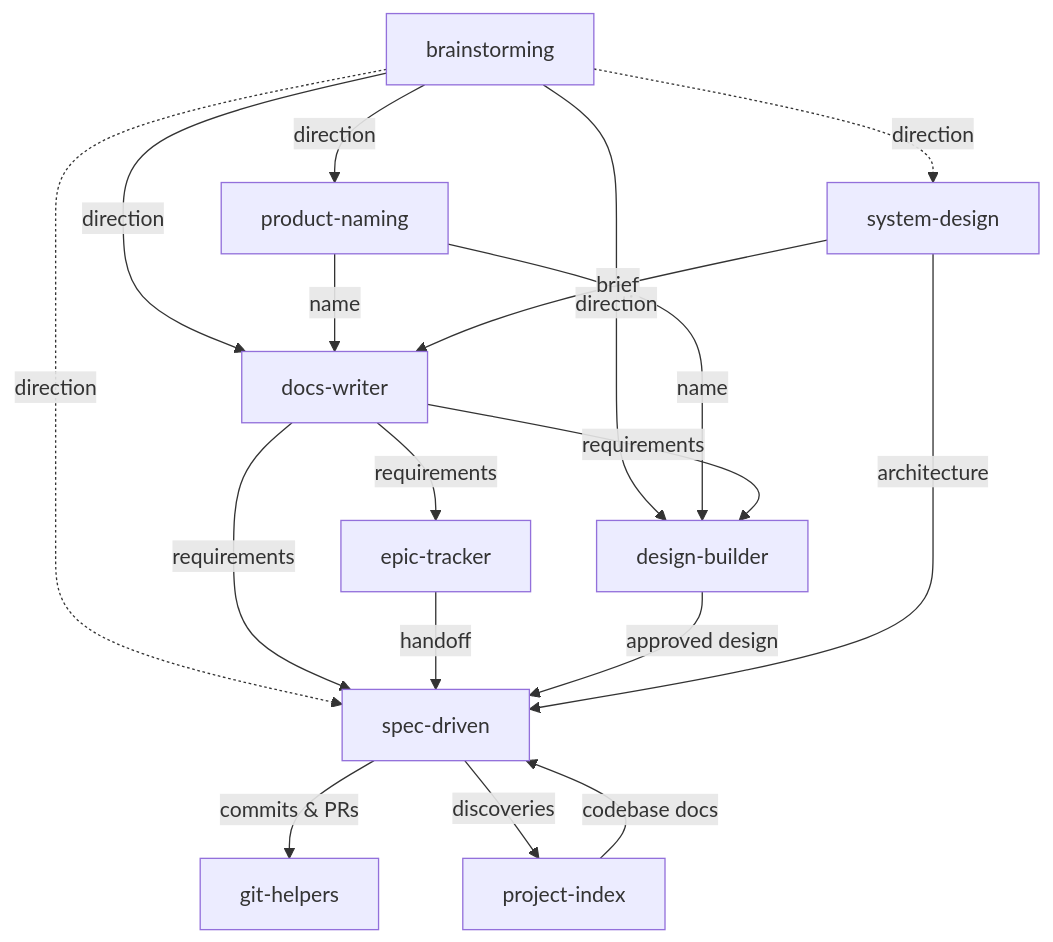
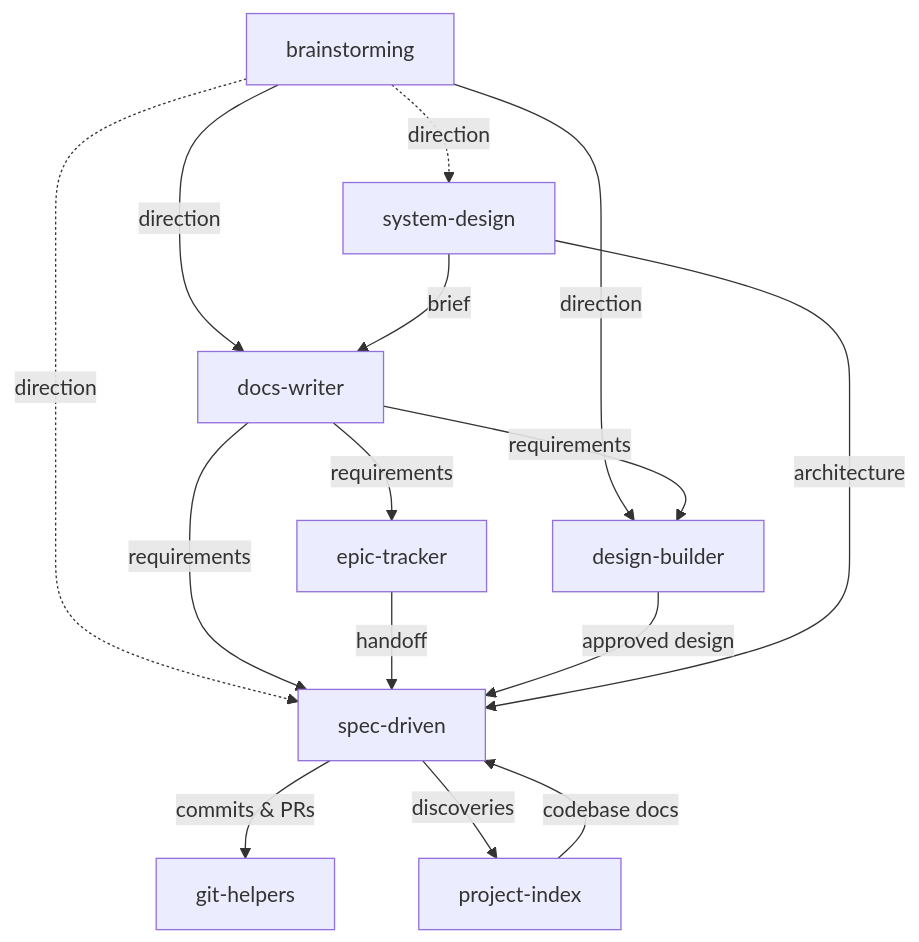
The diagram in README.md (adeonir/agent-skills), drawn with Mermaid before and after one commit. The commit also changed other lines of this file and 12 other files, not shown here.

Commit message:
chore: remove product-naming skill

````diff
--- a/README.md
+++ b/README.md
@@ -39,20 +38,17 @@
 ```mermaid
 flowchart TD
-    BR[brainstorming] -->|direction| PN[product-naming]
-    BR -->|direction| DW[docs-writer]
+    BR[brainstorming] -->|direction| DW[docs-writer]
     BR -->|direction| DB[design-builder]
     BR -.->|direction| SD[spec-driven]
-    PN -->|name| DW
-    PN -->|name| DB
     DW -->|requirements| ET[epic-tracker]
     DW -->|requirements| DB
     DW -->|requirements| SD
     ET -->|handoff| SD
     PI[project-index] -->|codebase docs| SD
     DB -->|approved design| SD
     SD -->|commits & PRs| GH[git-helpers]
     SD -->|discoveries| PI
     SYS[system-design] -->|brief| DW
     SYS -->|architecture| SD
     BR -.->|direction| SYS
 ```
````
